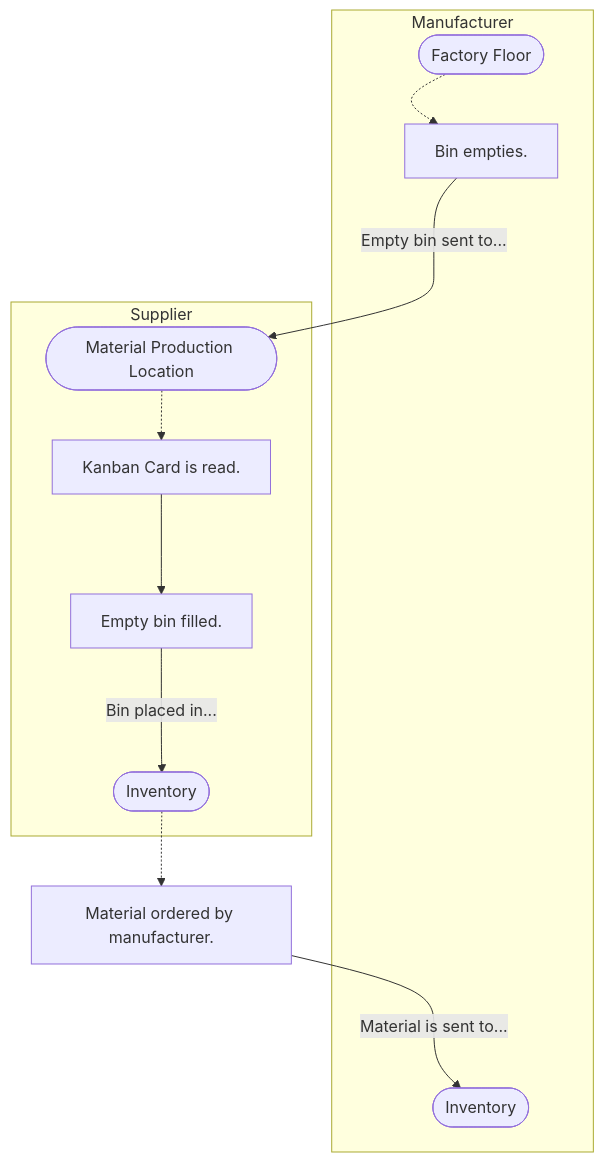
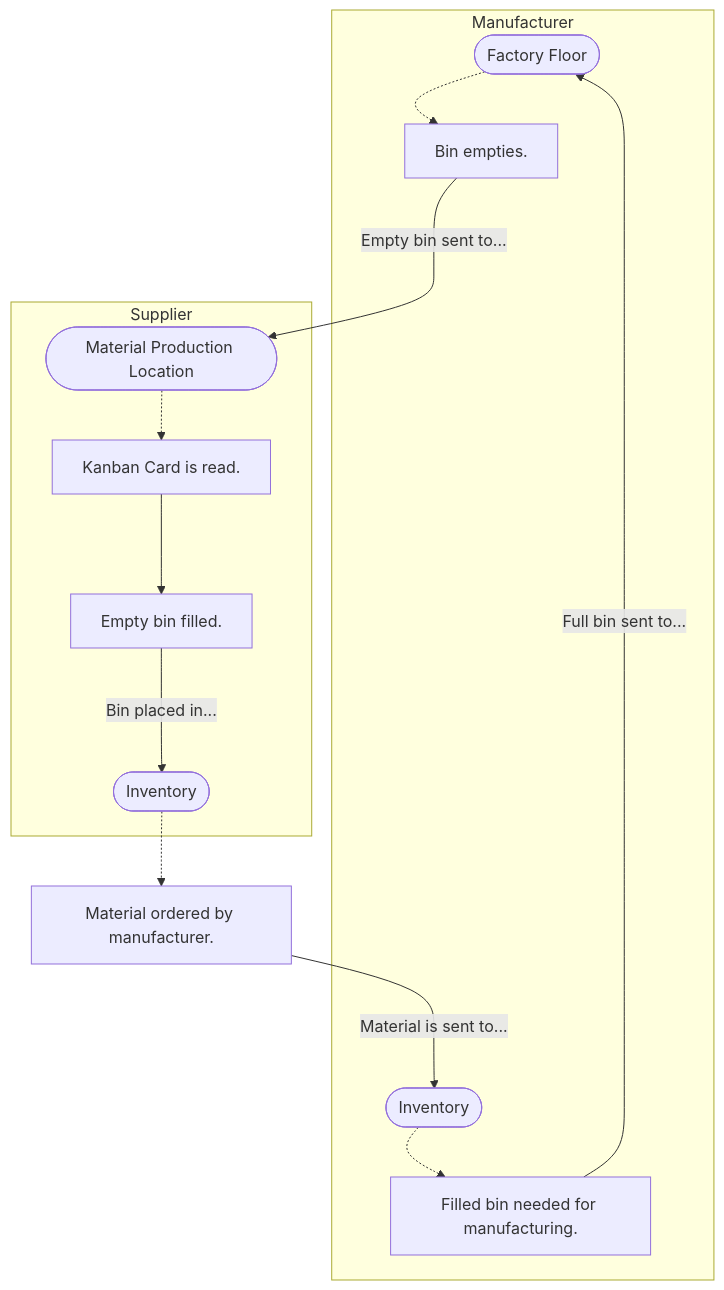
Before and after one commit to Herb5ter/Post1-Kanban0: the diagram in README.md, drawn with Mermaid. The commit also changed other lines of this file, not shown here.

````diff
--- a/README.md
+++ b/README.md
@@ -9,12 +9,13 @@
 ```mermaid
 flowchart TB
   One(["Factory Floor"])-.->Act1["Bin empties."]--->|Empty bin sent to...|Two(["Material Production Location"]);
   Three(["Inventory"]) -.-> Act4["Material ordered by manufacturer."] --->|Material is sent to...| Four(["Inventory"]);
+  Four -.-> Act5["Filled bin needed for manufacturing."]-->|Full bin sent to...|One
   subgraph Manufacturer
-    One ~~~ Act1 ~~~ Four
+    One ~~~ Act1 ~~~ Act5 ~~~ Four
     end;
   subgraph Supplier
     Two -.-> Act2["Kanban Card is read."] ---> Act3["Empty bin filled."];
     Act3 --->|Bin placed in...| Three;
     end;
 ```
````
